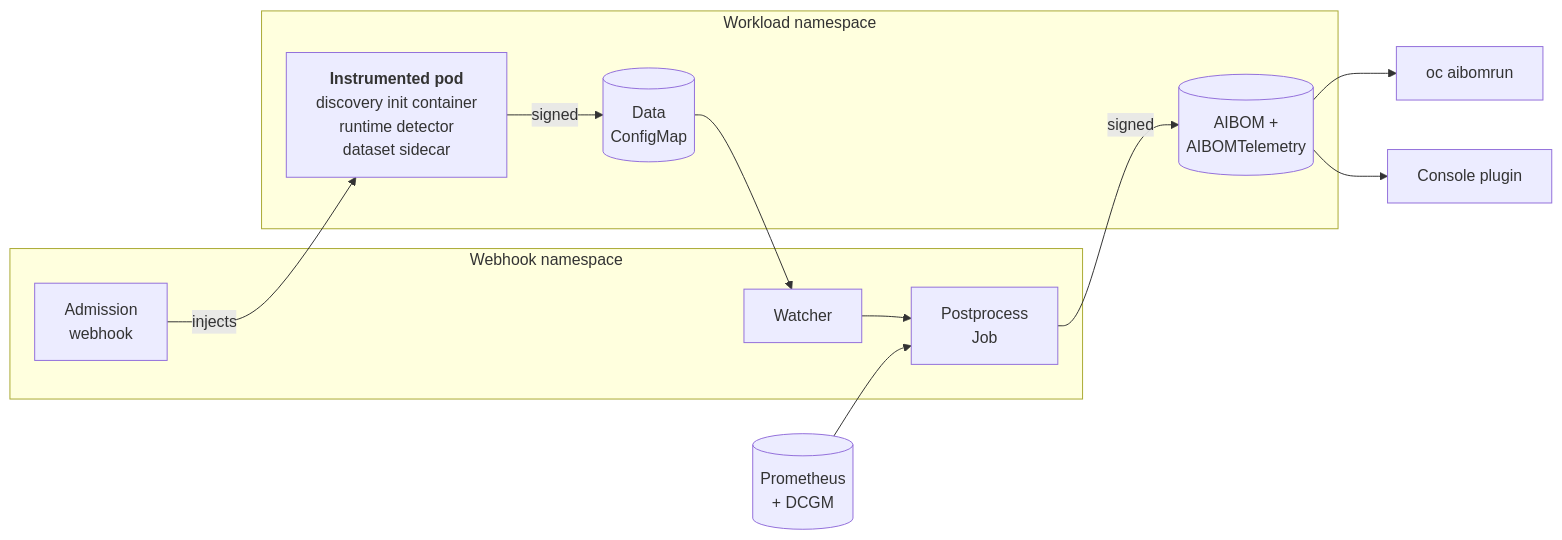
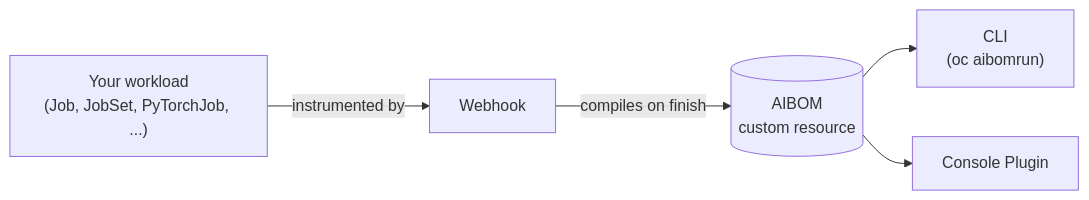
Before and after one commit to gavinsan33/project-aibom: the diagram in docs/index.md, drawn with Mermaid.

Commit message:
Simplify the home page diagram and link the webhook's How it works

````diff
--- a/docs/index.md
+++ b/docs/index.md
@@ -22,27 +22,13 @@
 ```mermaid
 flowchart LR
-    subgraph whns["Webhook namespace"]
-        webhook["Admission<br/>webhook"]
-        watcher["Watcher"]
-        post["Postprocess<br/>Job"]
-    end
+    workload["Your workload<br/>(Job, JobSet, PyTorchJob, ...)"]
+    webhook["Webhook"]
+    aibom[("AIBOM<br/>custom resource")]
+    cli["CLI<br/>(oc aibomrun)"]
+    console["Console Plugin"]
 
-    subgraph wlns["Workload namespace"]
-        pod["<b>Instrumented pod</b><br/>discovery init container<br/>runtime detector<br/>dataset sidecar"]
-        cm[("Data<br/>ConfigMap")]
-        aibom[("AIBOM +<br/>AIBOMTelemetry")]
-    end
-
-    prom[("Prometheus<br/>+ DCGM")]
-    cli["oc aibomrun"]
-    console["Console plugin"]
-
-    webhook -- "injects" --> pod
-    pod -- "signed" --> cm
-    cm --> watcher
-    watcher --> post
-    prom --> post
-    post -- "signed" --> aibom
+    workload -- "instrumented by" --> webhook
+    webhook -- "compiles on finish" --> aibom
     aibom --> cli
     aibom --> console
 ```
````
